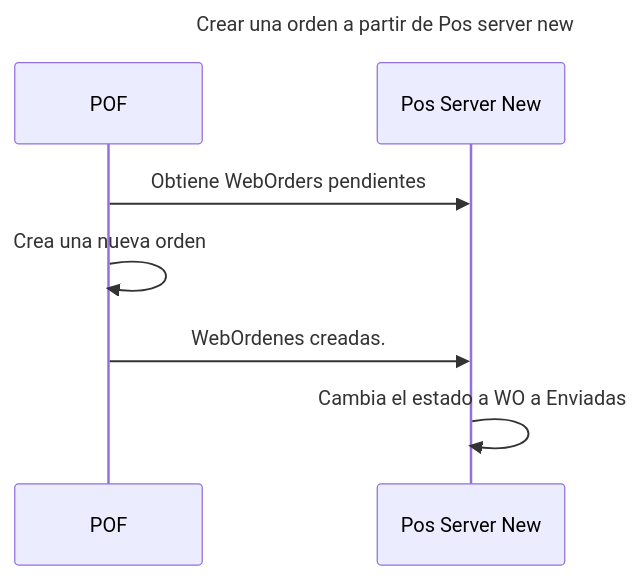
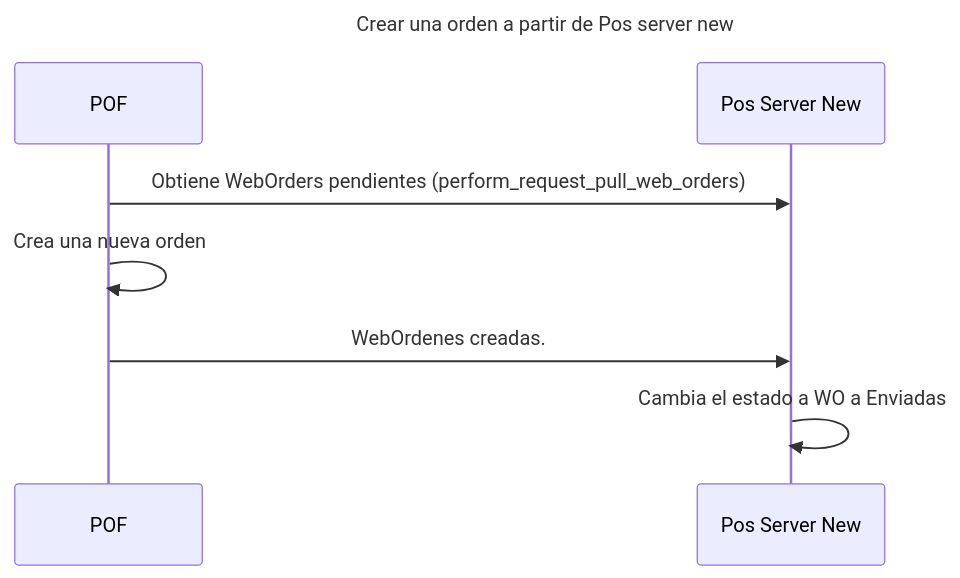
The second of 2 diagrams in 100_niufoods/03_projects/pof/documentation/check (order)/diagrams.md (javix70/personal_obsidian), drawn with Mermaid before and after one commit. The commit also changed 3 other files, not shown here.

````diff
--- a/100_niufoods/03_projects/pof/documentation/check (order)/diagrams.md
+++ b/100_niufoods/03_projects/pof/documentation/check (order)/diagrams.md
@@ -27,13 +27,13 @@
 ```mermaid
 ---
 title: Crear una orden a partir de Pos server new
 ---
 sequenceDiagram
 	participant P as POF
 	participant PSN as Pos Server New
 
-	P->>PSN: Obtiene WebOrders pendientes
+	P->>PSN: Obtiene WebOrders  pendientes (perform_request_pull_web_orders)
 	P->>P: Crea una nueva orden
 	P->>PSN: WebOrdenes creadas.
 	PSN->>PSN: Cambia el estado a WO a Enviadas
 ```
````
